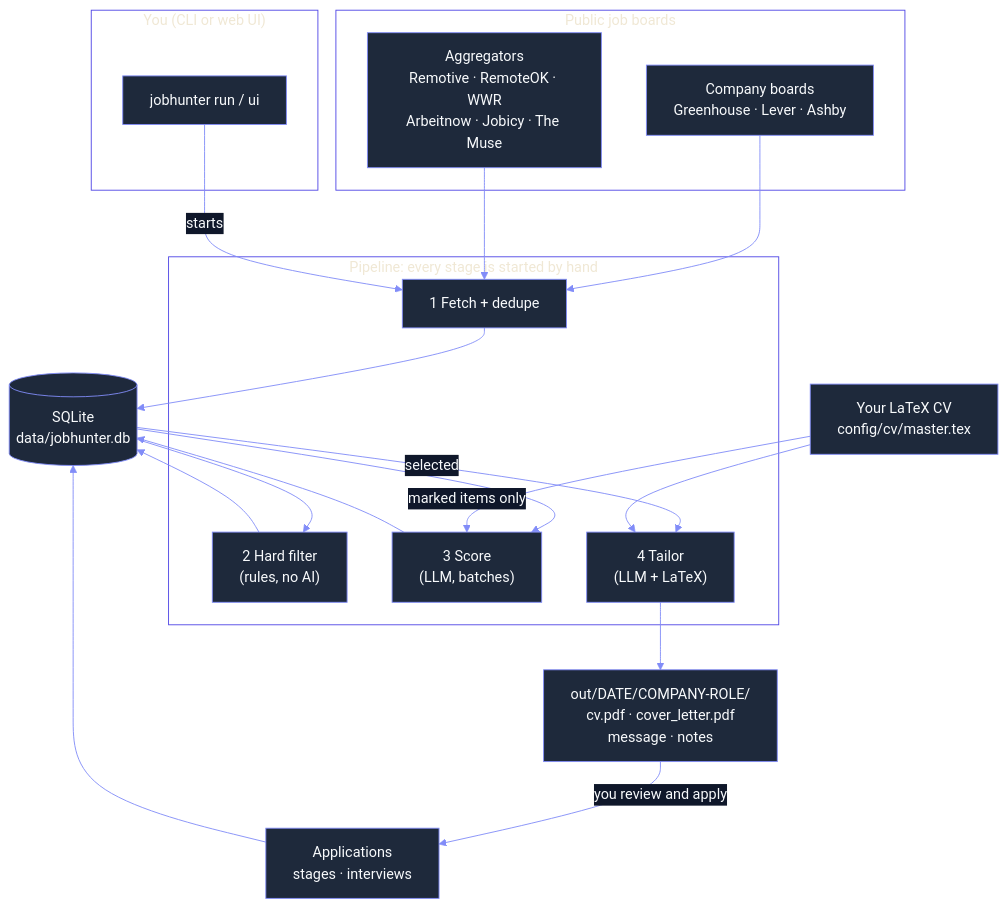
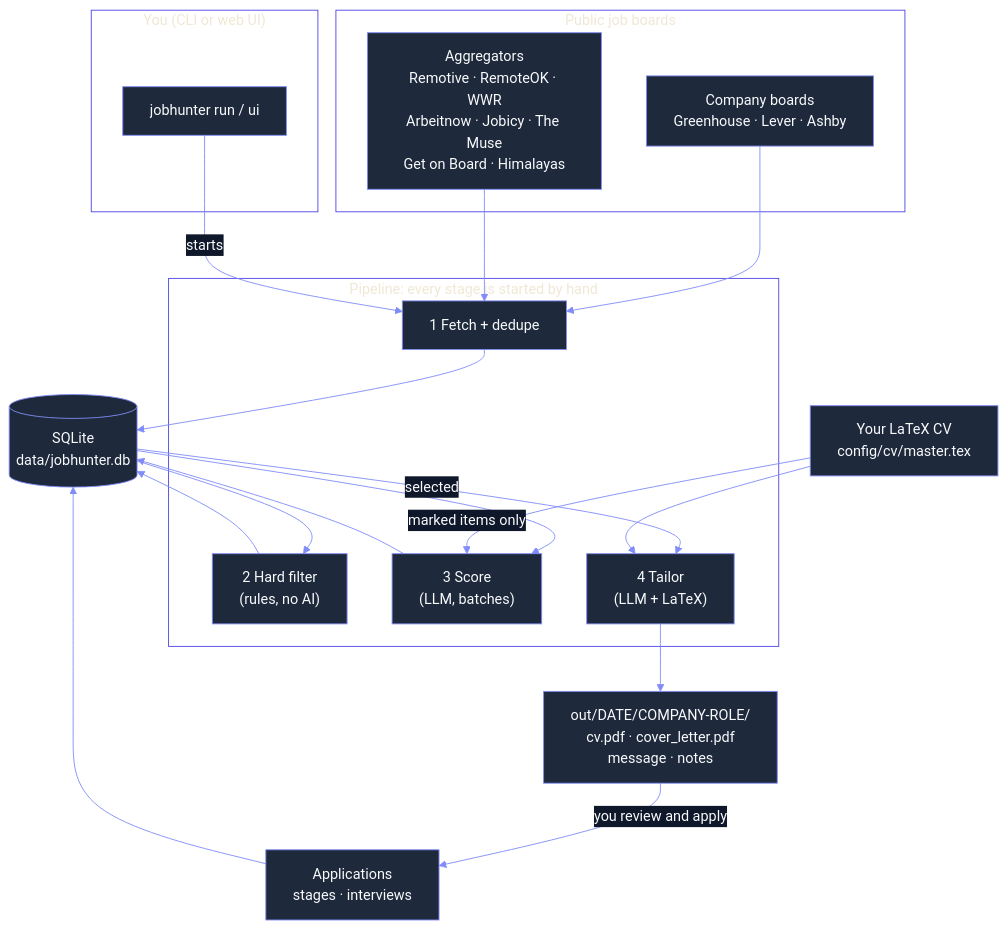
Before and after one commit to Valentina17varela/job-hunter: the first of 3 diagrams in README.md, drawn with Mermaid. The commit also changed other lines of this file and 14 other files, not shown here.

Commit message:
[SOURCE] - Add Get on board and Himalayas

````diff
--- a/README.md
+++ b/README.md
@@ -57,52 +57,52 @@
 ```mermaid
 %%{init: {
   'theme': 'base',
   'themeVariables': {
     'background': 'transparent',
     'primaryColor': '#1E293B',
     'primaryTextColor': '#F8FAFC',
     'primaryBorderColor': '#818CF8',
     'lineColor': '#818CF8',
     'tertiaryColor': '#0F172A',
     'clusterBkg': 'transparent',
     'clusterBorder': '#4F46E5',
     'edgeLabelBackground': '#0F172A',
     'fontFamily': 'inter, system-ui, sans-serif'
   }
 }}%%
 graph TD
     subgraph Sources["Public job boards"]
         ATS["Company boards<br/>Greenhouse · Lever · Ashby"]
-        AGG["Aggregators<br/>Remotive · RemoteOK · WWR<br/>Arbeitnow · Jobicy · The Muse"]
+        AGG["Aggregators<br/>Remotive · RemoteOK · WWR<br/>Arbeitnow · Jobicy · The Muse<br/>Get on Board · Himalayas"]
     end
 
     subgraph You["You (CLI or web UI)"]
         CLI["jobhunter run / ui"]
     end
 
     subgraph Pipeline["Pipeline: every stage is started by hand"]
         FETCH["1 Fetch + dedupe"]
         FILTER["2 Hard filter<br/>(rules, no AI)"]
         SCORE["3 Score<br/>(LLM, batches)"]
         TAILOR["4 Tailor<br/>(LLM + LaTeX)"]
     end
 
     DB[("SQLite<br/>data/jobhunter.db")]
     CV["Your LaTeX CV<br/>config/cv/master.tex"]
     OUT["out/DATE/COMPANY-ROLE/<br/>cv.pdf · cover_letter.pdf<br/>message · notes"]
     TRACK["Applications<br/>stages · interviews"]
 
     ATS --> FETCH
     AGG --> FETCH
     CLI -->|starts| FETCH
     FETCH --> DB
     DB --> FILTER --> DB
     DB --> SCORE
     CV -->|marked items only| SCORE
     SCORE --> DB
     DB -->|selected| TAILOR
     CV --> TAILOR
     TAILOR --> OUT
     OUT -->|you review and apply| TRACK
     TRACK --> DB
 ```
````
